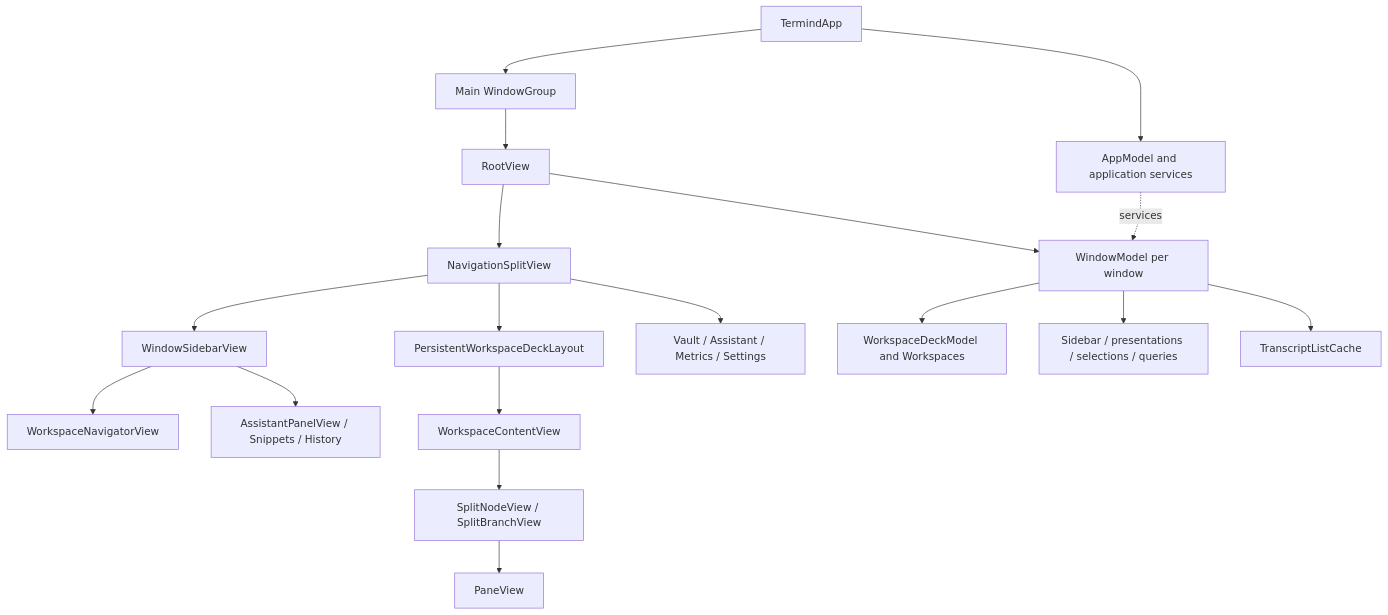
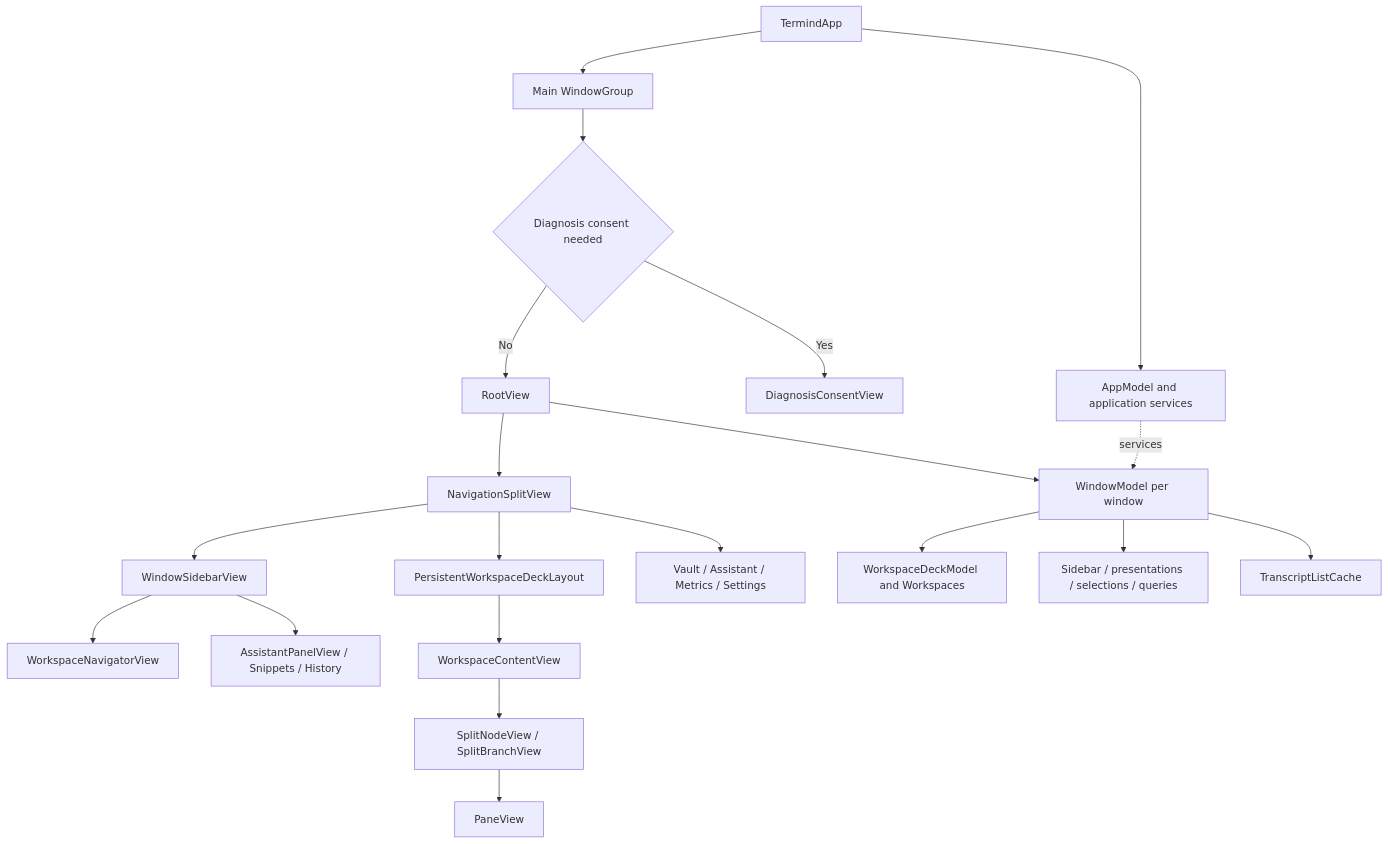
Before and after one commit to AkinoKaede/Termind: the first of 5 diagrams in openwiki/architecture/desktop-ui.md, drawn with Mermaid. The commit also changed other lines of this file and 56 other files, not shown here.

````diff
--- a/openwiki/architecture/desktop-ui.md
+++ b/openwiki/architecture/desktop-ui.md
@@ -99,20 +99,22 @@
 ```mermaid
 flowchart TD
     App[TermindApp] --> Shared[AppModel and application services]
     App --> Scene[Main WindowGroup]
-    Scene --> Root[RootView]
+    Scene --> Consent{"Diagnosis consent needed"}
+    Consent -->|Yes| Diagnosis[DiagnosisConsentView]
+    Consent -->|No| Root[RootView]
     Root --> Window[WindowModel per window]
     Root --> Shell[NavigationSplitView]
     Shell --> Sidebar[WindowSidebarView]
     Sidebar --> Navigator[WorkspaceNavigatorView]
     Sidebar --> Tools[AssistantPanelView / Snippets / History]
     Shell --> Deck[PersistentWorkspaceDeckLayout]
     Deck --> WorkspaceView[WorkspaceContentView]
     WorkspaceView --> Split[SplitNodeView / SplitBranchView]
     Split --> Pane[PaneView]
     Shell --> Destinations[Vault / Assistant / Metrics / Settings]
     Window --> WorkspaceModels[WorkspaceDeckModel and Workspaces]
     Window --> UIState[Sidebar / presentations / selections / queries]
     Window --> Cache[TranscriptListCache]
     Shared -. services .-> Window
 ```
````
